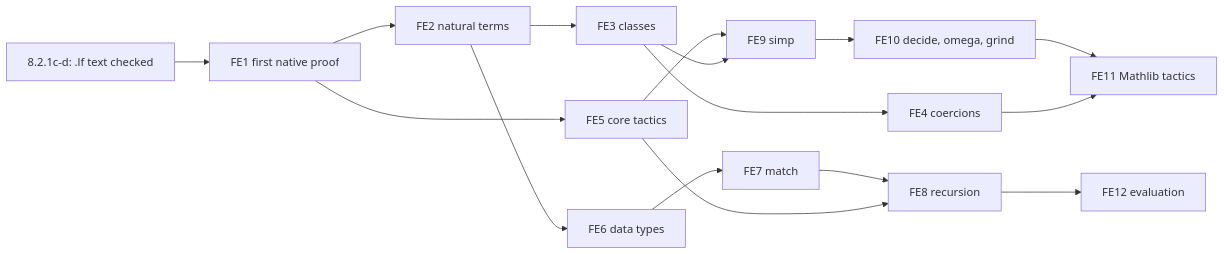
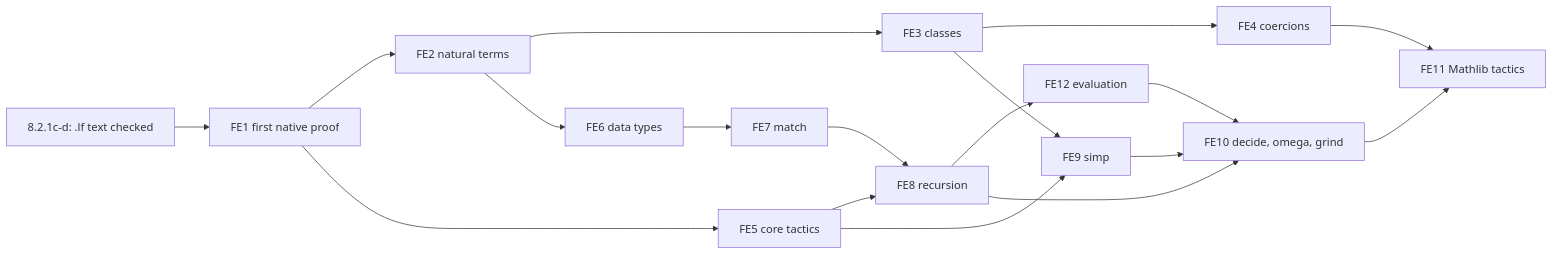
One commit to pmilford/LeanForth changed the second of 2 diagrams in docs/design/FRONT_END.md. Above: the diagram before and after it, drawn with Mermaid. The commit also changed other lines of this file and 1 other file, not shown here.

````diff
--- a/docs/design/FRONT_END.md
+++ b/docs/design/FRONT_END.md
@@ -617,18 +617,20 @@
 ```mermaid
 flowchart LR
   L2[8.2.1c-d: .lf text checked] --> FE1[FE1 first native proof]
   FE1 --> FE2[FE2 natural terms]
   FE2 --> FE3[FE3 classes]
   FE3 --> FE4[FE4 coercions]
   FE1 --> FE5[FE5 core tactics]
   FE2 --> FE6[FE6 data types]
   FE6 --> FE7[FE7 match]
   FE7 --> FE8[FE8 recursion]
   FE5 --> FE8
   FE5 --> FE9[FE9 simp]
   FE3 --> FE9
   FE9 --> FE10[FE10 decide, omega, grind]
   FE8 --> FE12[FE12 evaluation]
+  FE12 --> FE10
+  FE8 --> FE10
   FE10 --> FE11[FE11 Mathlib tactics]
   FE4 --> FE11
 ```
````
